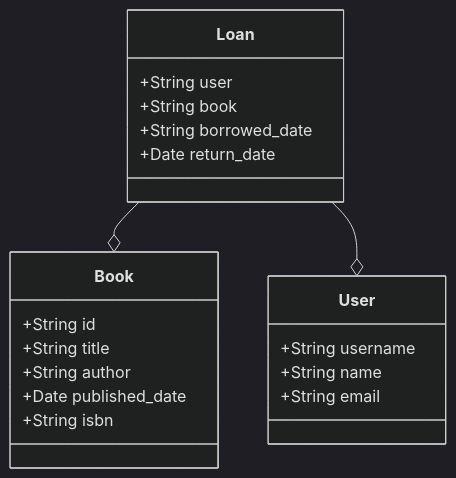
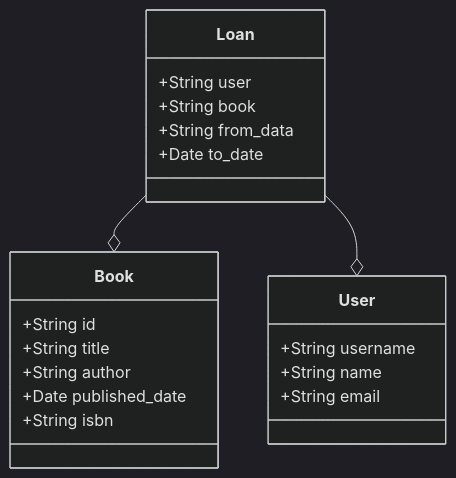
One commit to juhyxx/library changed the second of 2 diagrams in README.md. Above: the diagram before and after it, drawn with Mermaid (dark theme). The commit also changed other lines of this file and 15 other files, not shown here.

````diff
--- a/README.md
+++ b/README.md
@@ -23,28 +54,28 @@
 ```mermaid
 
 classDiagram
     
     class Book{
        +String id
       +String title
       +String author
       +Date published_date
       +String isbn
     }
 
     class User{
       +String username
       +String name
       +String email
     }
 
     class Loan{
       +String user
       +String book
-      +String borrowed_date
-      +Date return_date
+      +String from_data
+      +Date to_date
     }
 
   Loan --o Book
   Loan --o User
 ```
````
